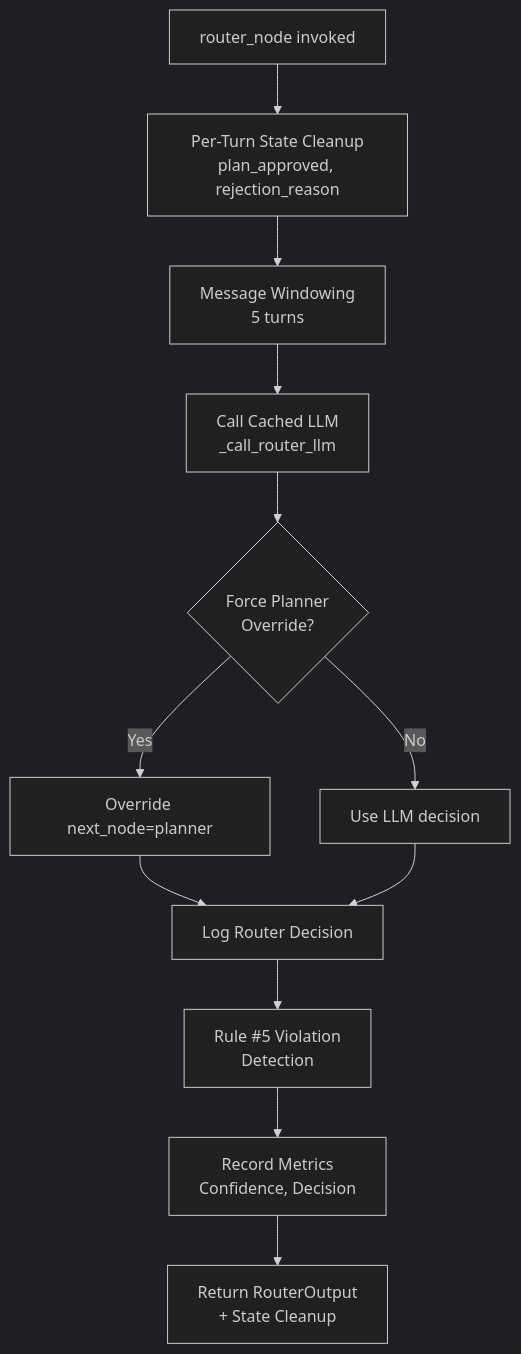
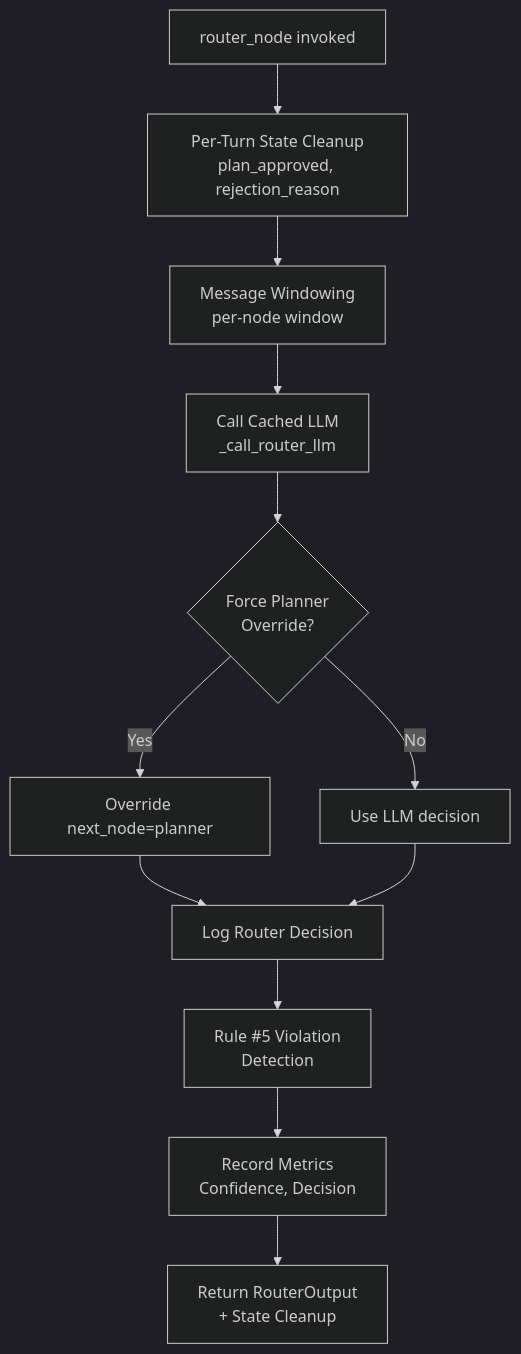
One commit to jgouviergmail/LIA-Assistant changed the second of 2 diagrams in docs/technical/ROUTER.md. Above: the diagram before and after it, drawn with Mermaid (dark theme). The commit also changed other lines of this file and 123 other files, not shown here.

````diff
--- a/docs/technical/ROUTER.md
+++ b/docs/technical/ROUTER.md
@@ -80,14 +79,14 @@
 ```mermaid
 graph TD
     A[router_node invoked] --> B[Per-Turn State Cleanup<br/>plan_approved, rejection_reason]
-    B --> C[Message Windowing<br/>5 turns]
+    B --> C[Message Windowing<br/>per-node window]
     C --> D[Call Cached LLM<br/>_call_router_llm]
     D --> E{Force Planner<br/>Override?}
     E -->|Yes| F[Override next_node=planner]
     E -->|No| G[Use LLM decision]
     F --> H[Log Router Decision]
     G --> H
     H --> I[Rule #5 Violation<br/>Detection]
     I --> J[Record Metrics<br/>Confidence, Decision]
     J --> K[Return RouterOutput<br/>+ State Cleanup]
 ```
````
